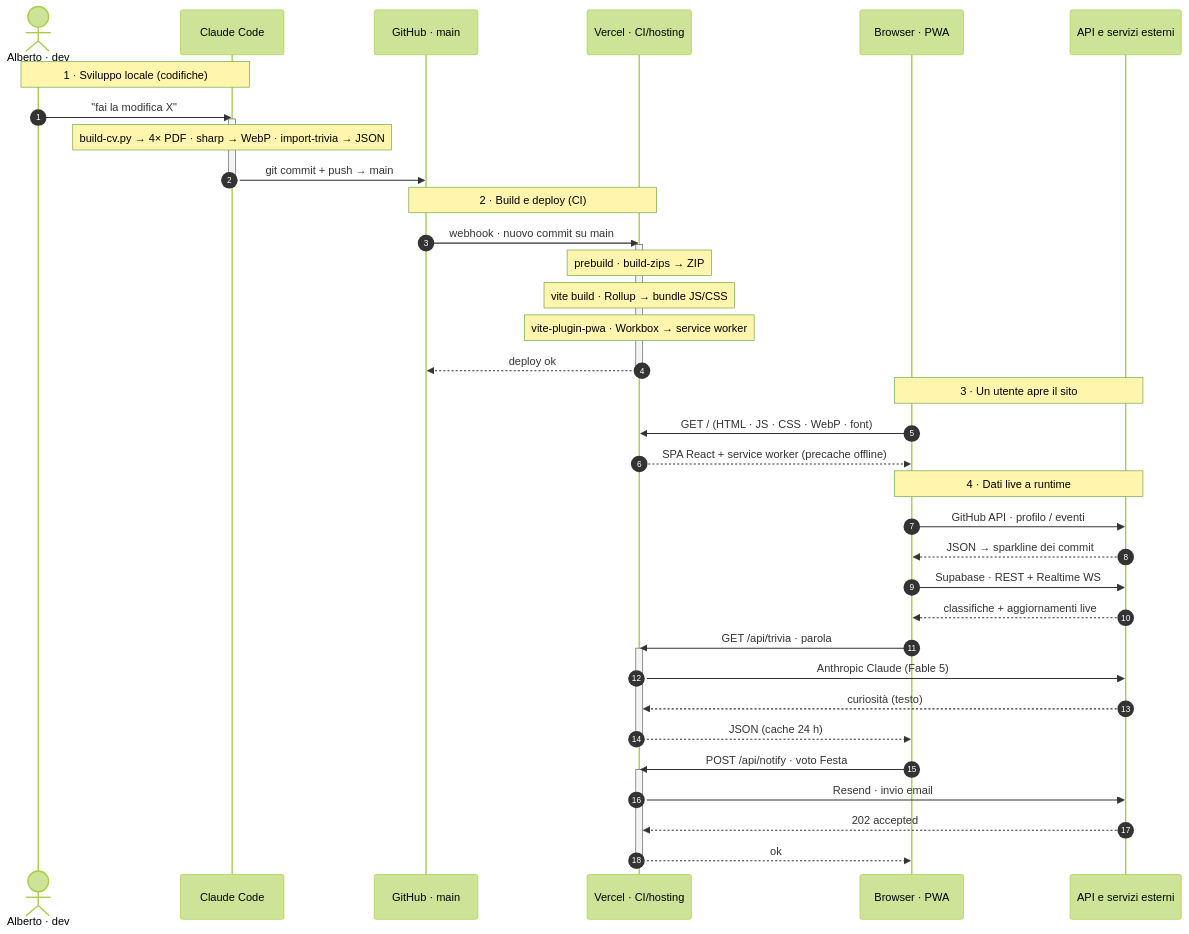
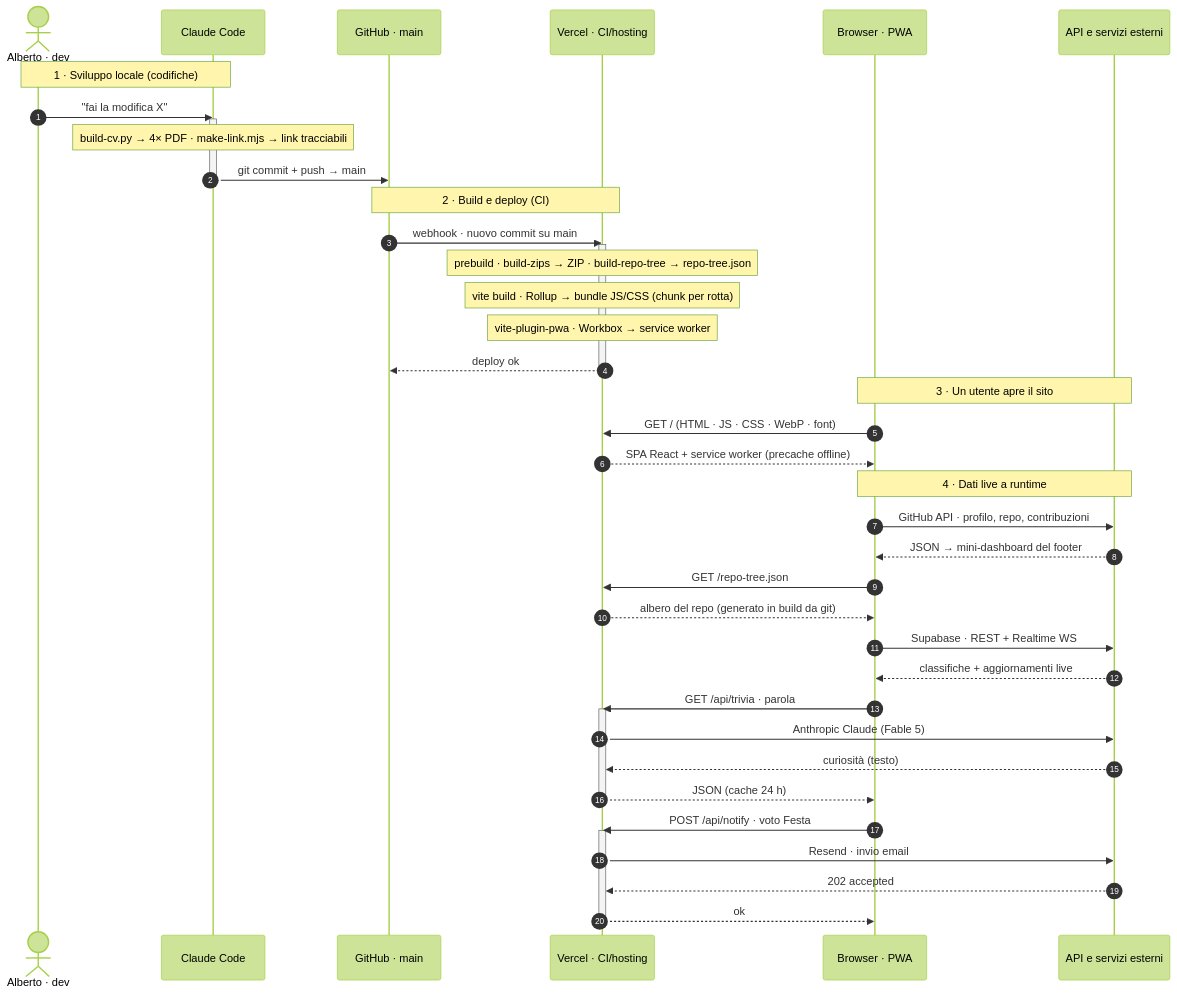
The diagram in README.md (albertoxpecchini/AP), drawn with Mermaid (forest theme) before and after one commit. The commit also changed other lines of this file, not shown here.

First line of the commit message:
docs: README riscritto sul sito attuale (design system .sb-, ControlBar, GSAP, albero repo da git)

````diff
--- a/README.md
+++ b/README.md
@@ -139,48 +281,50 @@
 ```mermaid
 sequenceDiagram
     autonumber
     actor Dev as Alberto · dev
     participant CC as Claude Code
     participant GH as GitHub · main
     participant VC as Vercel · CI/hosting
     participant BR as Browser · PWA
     participant EXT as API e servizi esterni
 
     Note over Dev,CC: 1 · Sviluppo locale (codifiche)
     Dev->>CC: "fai la modifica X"
     activate CC
-    Note over CC: build-cv.py → 4× PDF · sharp → WebP · import-trivia → JSON
+    Note over CC: build-cv.py → 4× PDF · make-link.mjs → link tracciabili
     CC->>GH: git commit + push → main
     deactivate CC
 
     Note over GH,VC: 2 · Build e deploy (CI)
     GH->>VC: webhook · nuovo commit su main
     activate VC
-    Note over VC: prebuild · build-zips → ZIP
-    Note over VC: vite build · Rollup → bundle JS/CSS
+    Note over VC: prebuild · build-zips → ZIP · build-repo-tree → repo-tree.json
+    Note over VC: vite build · Rollup → bundle JS/CSS (chunk per rotta)
     Note over VC: vite-plugin-pwa · Workbox → service worker
     VC-->>GH: deploy ok
     deactivate VC
 
     Note over BR,EXT: 3 · Un utente apre il sito
     BR->>VC: GET / (HTML · JS · CSS · WebP · font)
     VC-->>BR: SPA React + service worker (precache offline)
 
     Note over BR,EXT: 4 · Dati live a runtime
-    BR->>EXT: GitHub API · profilo / eventi
-    EXT-->>BR: JSON → sparkline dei commit
+    BR->>EXT: GitHub API · profilo, repo, contribuzioni
+    EXT-->>BR: JSON → mini-dashboard del footer
+    BR->>VC: GET /repo-tree.json
+    VC-->>BR: albero del repo (generato in build da git)
     BR->>EXT: Supabase · REST + Realtime WS
     EXT-->>BR: classifiche + aggiornamenti live
     BR->>VC: GET /api/trivia · parola
     activate VC
     VC->>EXT: Anthropic Claude (Fable 5)
     EXT-->>VC: curiosità (testo)
     VC-->>BR: JSON (cache 24 h)
     deactivate VC
     BR->>VC: POST /api/notify · voto Festa
     activate VC
     VC->>EXT: Resend · invio email
     EXT-->>VC: 202 accepted
     VC-->>BR: ok
     deactivate VC
 ```
````
